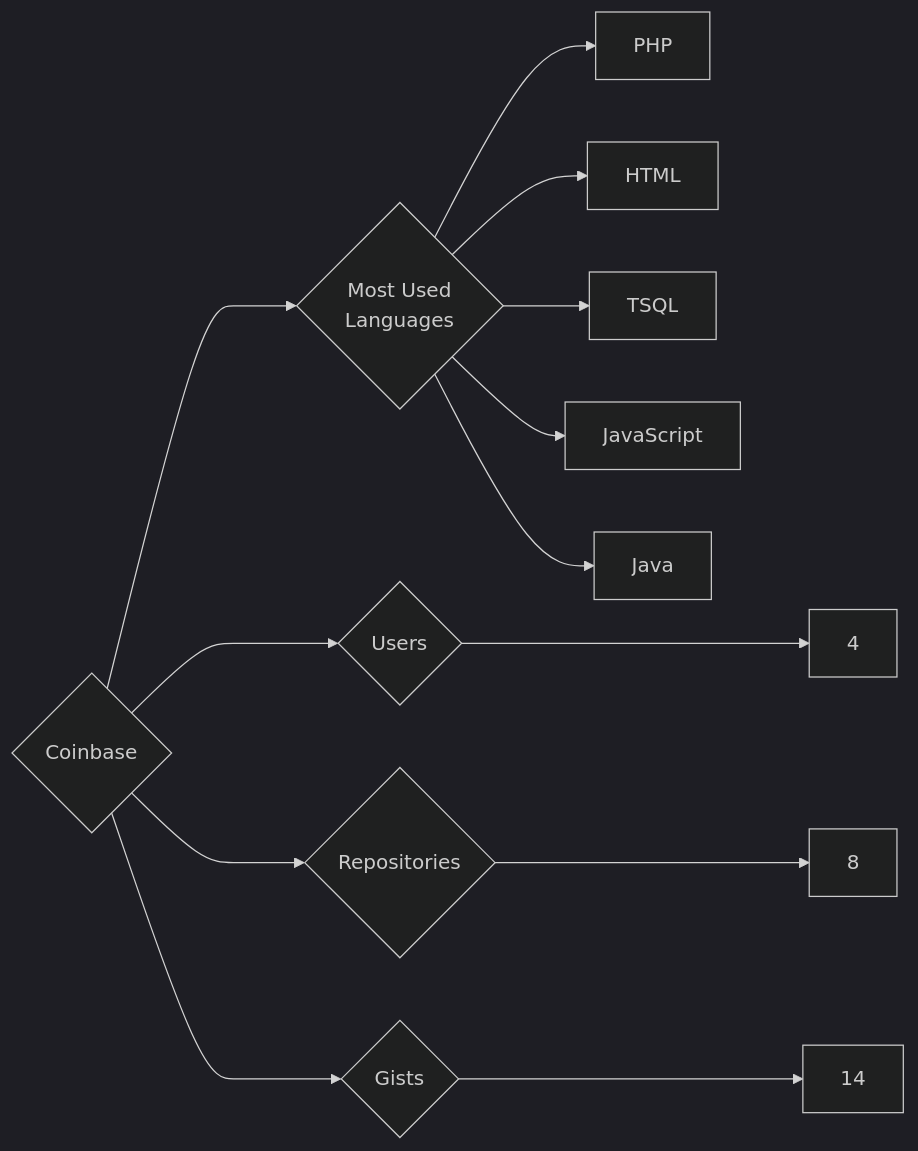
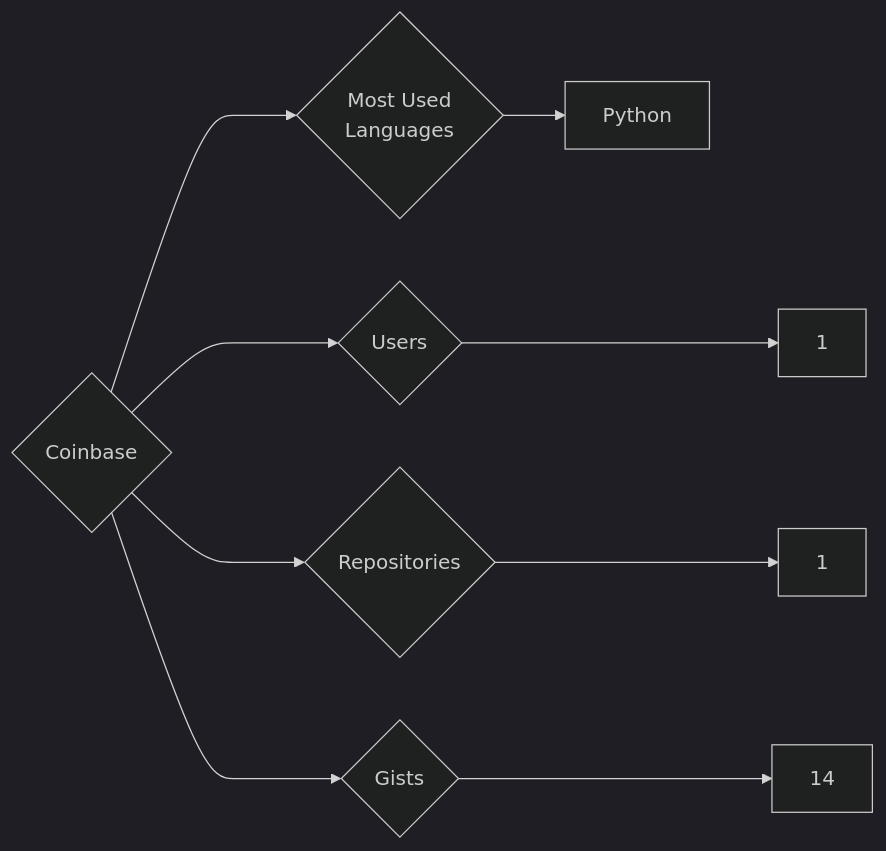
The diagram in targets/Coinbase/README.md (trickest/insiders), drawn with Mermaid (dark theme) before and after one commit. The commit also changed 559 other files, not shown here.

````diff
--- a/targets/Coinbase/README.md
+++ b/targets/Coinbase/README.md
@@ -3,13 +3,9 @@
 ```mermaid
 graph LR
 COMPANY_NAME{Coinbase}
-COMPANY_NAME ---> U{Users} ---> UN[4]
-COMPANY_NAME ---> R{Repositories} ---> RN[8]
+COMPANY_NAME ---> U{Users} ---> UN[1]
+COMPANY_NAME ---> R{Repositories} ---> RN[1]
 COMPANY_NAME ---> G{Gists} ---> GN[14]
 COMPANY_NAME ---> ML{Most Used<br>Languages}
-ML --> PHP[PHP]
-ML --> HTML[HTML]
-ML --> TSQL[TSQL]
-ML --> JavaScript[JavaScript]
-ML --> Java[Java]
+ML --> Python[Python]
 ```
````
